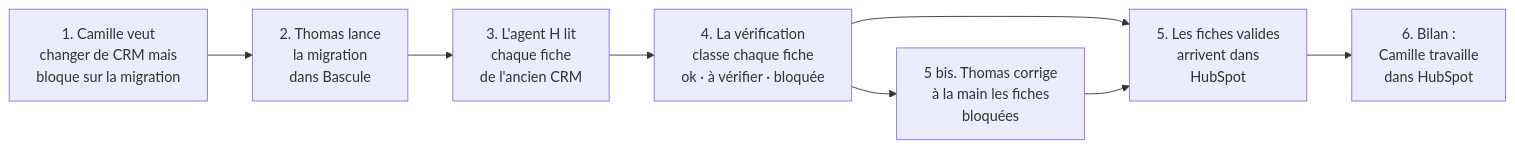
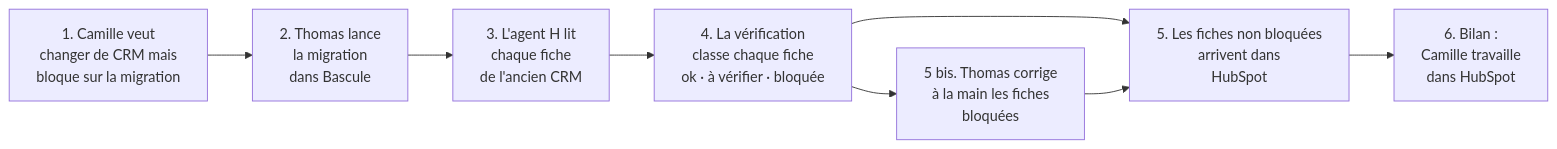
The diagram in docs/parcours/parcours-utilisateur.md (saponealexis1-netizen/Projet_hackathon), drawn with Mermaid before and after one commit. The commit also changed other lines of this file and 3 other files, not shown here.

Commit message:
docs: corrections de relecture (parcours, business model, script, roadmap)

````diff
--- a/docs/parcours/parcours-utilisateur.md
+++ b/docs/parcours/parcours-utilisateur.md
@@ -19,10 +19,10 @@
 ```mermaid
 flowchart LR
     A["1. Camille veut<br/>changer de CRM mais<br/>bloque sur la migration"] --> B["2. Thomas lance<br/>la migration<br/>dans Bascule"]
     B --> C["3. L'agent H lit<br/>chaque fiche<br/>de l'ancien CRM"]
     C --> D["4. La vérification<br/>classe chaque fiche<br/>ok · à vérifier · bloquée"]
-    D --> E["5. Les fiches valides<br/>arrivent dans<br/>HubSpot"]
+    D --> E["5. Les fiches non bloquées<br/>arrivent dans<br/>HubSpot"]
     D --> F["5 bis. Thomas corrige<br/>à la main les fiches<br/>bloquées"]
     F --> E
     E --> G["6. Bilan :<br/>Camille travaille<br/>dans HubSpot"]
 ```
````
